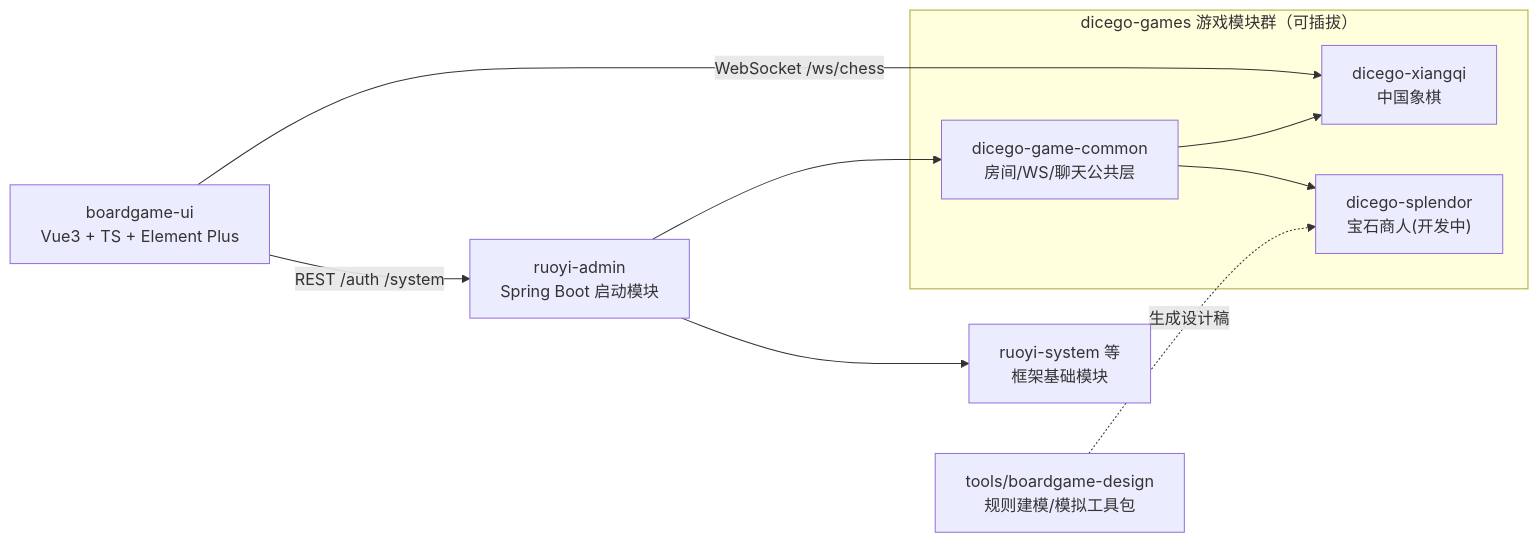
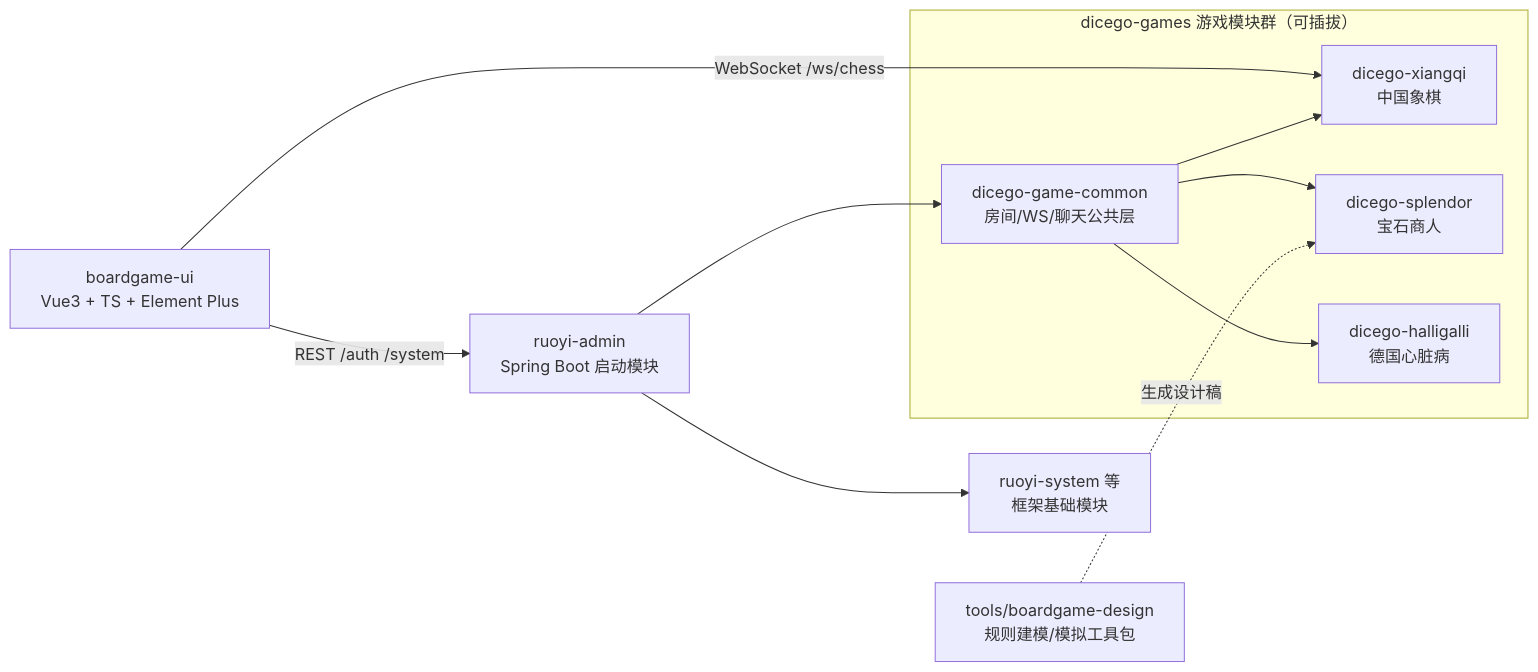
Before and after one commit to Lbin26/BoardGame_Online: the diagram in README.md, drawn with Mermaid. The commit also changed other lines of this file and 184 other files, not shown here.

````diff
--- a/README.md
+++ b/README.md
@@ -34,13 +35,14 @@
 ```mermaid
 graph LR
     UI["boardgame-ui<br/>Vue3 + TS + Element Plus"] -->|REST /auth /system| Admin["ruoyi-admin<br/>Spring Boot 启动模块"]
     UI -->|WebSocket /ws/chess| Xiangqi
     Admin --> System["ruoyi-system 等<br/>框架基础模块"]
     subgraph Game["dicego-games 游戏模块群（可插拔）"]
         Common["dicego-game-common<br/>房间/WS/聊天公共层"]
         Common --> Xiangqi["dicego-xiangqi<br/>中国象棋"]
-        Common --> Splendor["dicego-splendor<br/>宝石商人(开发中)"]
+        Common --> Splendor["dicego-splendor<br/>宝石商人"]
+        Common --> HalliGalli["dicego-halligalli<br/>德国心脏病"]
     end
     Admin --> Common
     Tools["tools/boardgame-design<br/>规则建模/模拟工具包"] -.生成设计稿.-> Splendor
 ```
````
